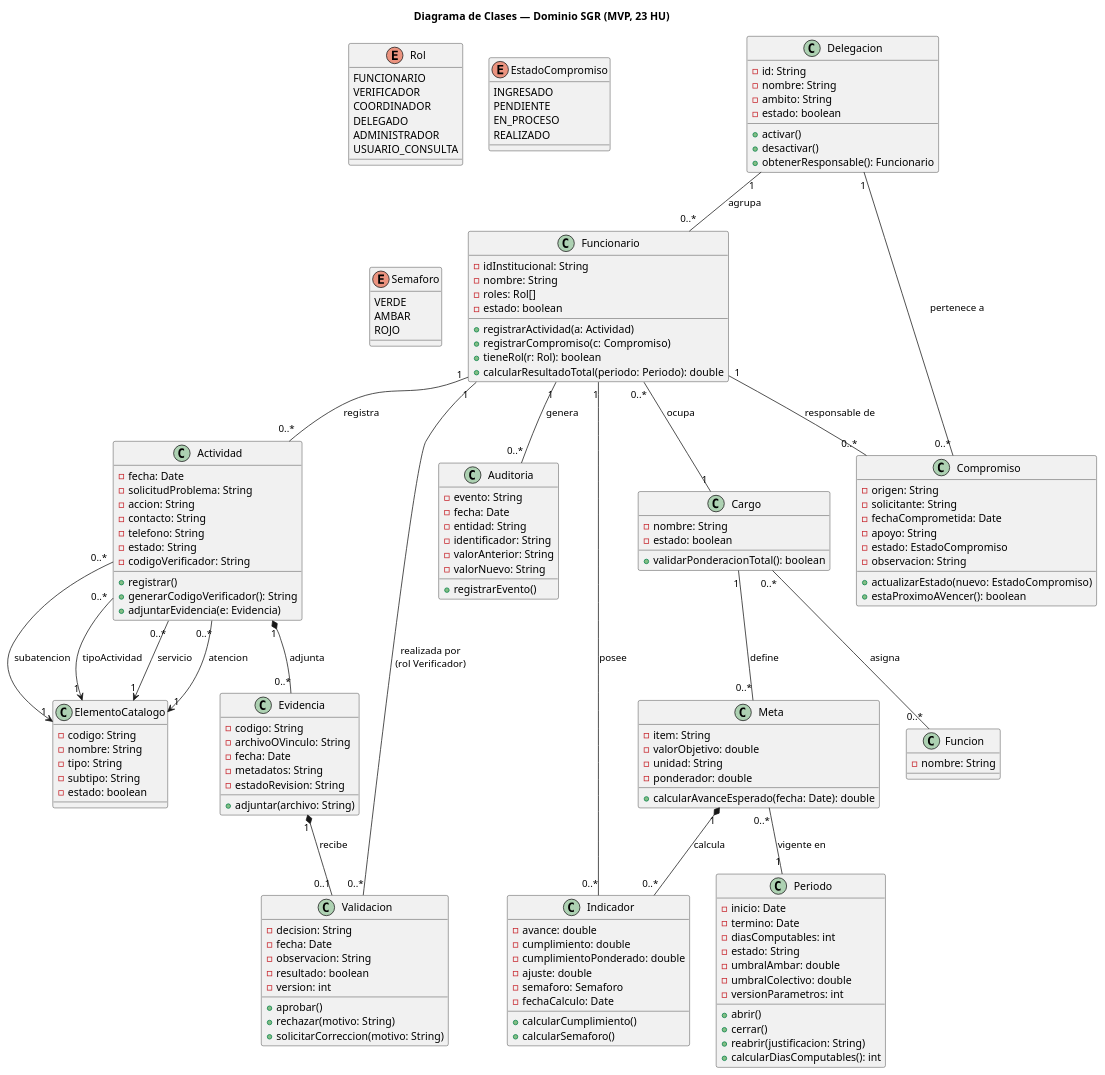
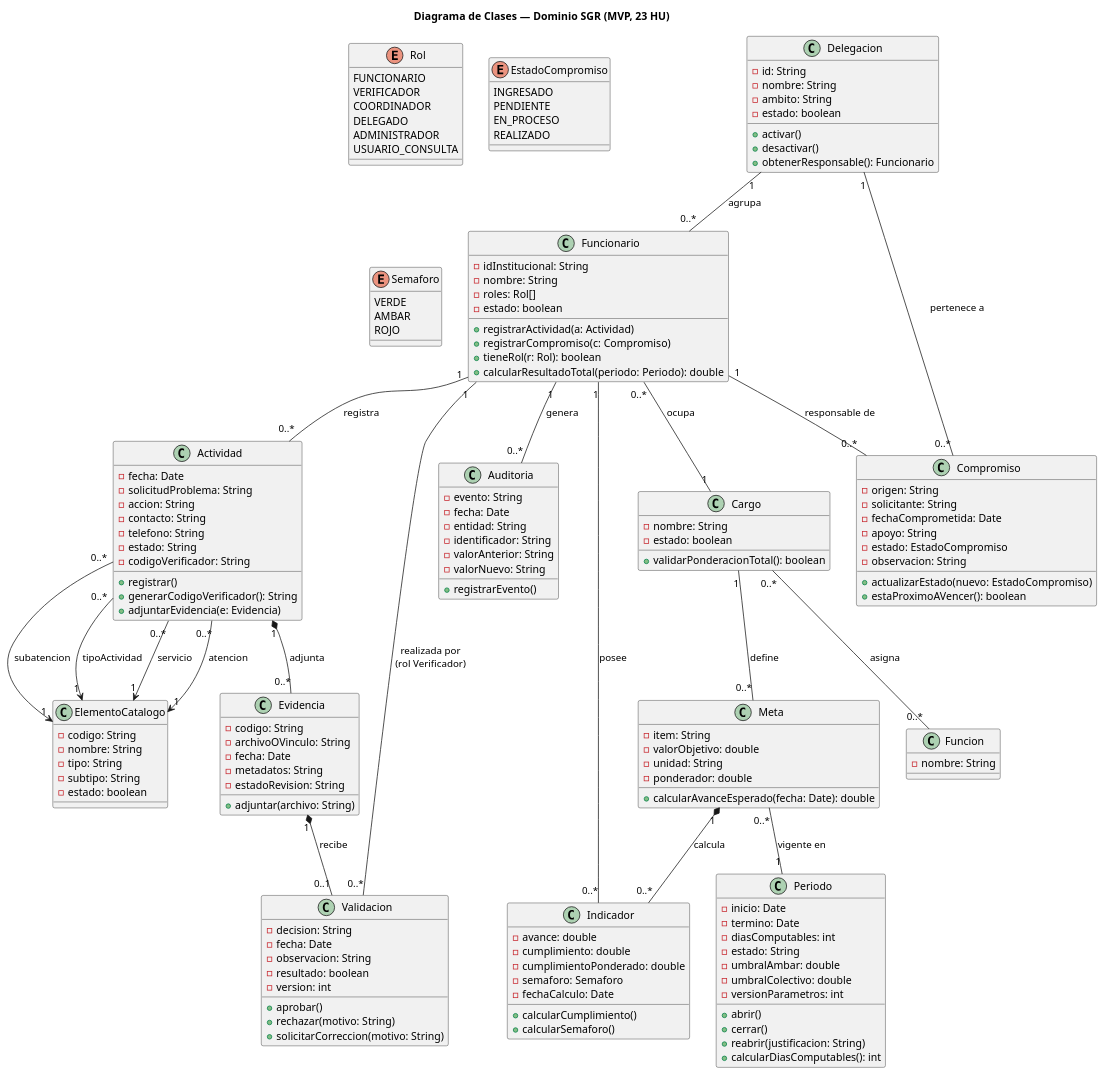
One commit to Ren-reno/ev1 changed the diagram in assets/actividad-3/clases-dominio.puml. Above: the diagram before and after it, drawn with PlantUML. The commit also changed 1 other file, not shown here.

Commit message:
fix: quitar atributo ajuste de Indicador en diagrama de clases (act. 3)

```diff
--- a/assets/actividad-3/clases-dominio.puml
+++ b/assets/actividad-3/clases-dominio.puml
@@ -1,172 +1,171 @@
 @startuml clases-dominio
 skinparam backgroundColor #FFFFFF
 title Diagrama de Clases — Dominio SGR (MVP, 23 HU)
 
 enum Rol {
   FUNCIONARIO
   VERIFICADOR
   COORDINADOR
   DELEGADO
   ADMINISTRADOR
   USUARIO_CONSULTA
 }
 
 enum EstadoCompromiso {
   INGRESADO
   PENDIENTE
   EN_PROCESO
   REALIZADO
 }
 
 enum Semaforo {
   VERDE
   AMBAR
   ROJO
 }
 
 class Delegacion {
   -id: String
   -nombre: String
   -ambito: String
   -estado: boolean
   +activar()
   +desactivar()
   +obtenerResponsable(): Funcionario
 }
 
 class Cargo {
   -nombre: String
   -estado: boolean
   +validarPonderacionTotal(): boolean
 }
 
 class Funcion {
   -nombre: String
 }
 
 class Funcionario {
   -idInstitucional: String
   -nombre: String
   -roles: Rol[]
   -estado: boolean
   +registrarActividad(a: Actividad)
   +registrarCompromiso(c: Compromiso)
   +tieneRol(r: Rol): boolean
   +calcularResultadoTotal(periodo: Periodo): double
 }
 
 class Periodo {
   -inicio: Date
   -termino: Date
   -diasComputables: int
   -estado: String
   -umbralAmbar: double
   -umbralColectivo: double
   -versionParametros: int
   +abrir()
   +cerrar()
   +reabrir(justificacion: String)
   +calcularDiasComputables(): int
 }
 
 class Meta {
   -item: String
   -valorObjetivo: double
   -unidad: String
   -ponderador: double
   +calcularAvanceEsperado(fecha: Date): double
 }
 
 class ElementoCatalogo {
   -codigo: String
   -nombre: String
   -tipo: String
   -subtipo: String
   -estado: boolean
 }
 
 class Actividad {
   -fecha: Date
   -solicitudProblema: String
   -accion: String
   -contacto: String
   -telefono: String
   -estado: String
   -codigoVerificador: String
   +registrar()
   +generarCodigoVerificador(): String
   +adjuntarEvidencia(e: Evidencia)
 }
 
 class Compromiso {
   -origen: String
   -solicitante: String
   -fechaComprometida: Date
   -apoyo: String
   -estado: EstadoCompromiso
   -observacion: String
   +actualizarEstado(nuevo: EstadoCompromiso)
   +estaProximoAVencer(): boolean
 }
 
 class Evidencia {
   -codigo: String
   -archivoOVinculo: String
   -fecha: Date
   -metadatos: String
   -estadoRevision: String
   +adjuntar(archivo: String)
 }
 
 class Validacion {
   -decision: String
   -fecha: Date
   -observacion: String
   -resultado: boolean
   -version: int
   +aprobar()
   +rechazar(motivo: String)
   +solicitarCorreccion(motivo: String)
 }
 
 class Indicador {
   -avance: double
   -cumplimiento: double
   -cumplimientoPonderado: double
-  -ajuste: double
   -semaforo: Semaforo
   -fechaCalculo: Date
   +calcularCumplimiento()
   +calcularSemaforo()
 }
 
 class Auditoria {
   -evento: String
   -fecha: Date
   -entidad: String
   -identificador: String
   -valorAnterior: String
   -valorNuevo: String
   +registrarEvento()
 }
 
 Delegacion "1" -- "0..*" Funcionario : agrupa
 Funcionario "0..*" -- "1" Cargo : ocupa
 Cargo "1" -- "0..*" Meta : define
 Cargo "0..*" -- "0..*" Funcion : asigna
 Meta "0..*" -- "1" Periodo : vigente en
 Funcionario "1" -- "0..*" Actividad : registra
 Actividad "0..*" --> "1" ElementoCatalogo : tipoActividad
 Actividad "0..*" --> "1" ElementoCatalogo : servicio
 Actividad "0..*" --> "1" ElementoCatalogo : atencion
 Actividad "0..*" --> "1" ElementoCatalogo : subatencion
 Actividad "1" *-- "0..*" Evidencia : adjunta
 Evidencia "1" *-- "0..1" Validacion : recibe
 Validacion "0..*" -- "1" Funcionario : realizada por\n(rol Verificador)
 Funcionario "1" -- "0..*" Compromiso : responsable de
 Compromiso "0..*" -- "1" Delegacion : pertenece a
 Meta "1" *-- "0..*" Indicador : calcula
 Funcionario "1" -- "0..*" Indicador : posee
 Funcionario "1" -- "0..*" Auditoria : genera
 
 @enduml
```
